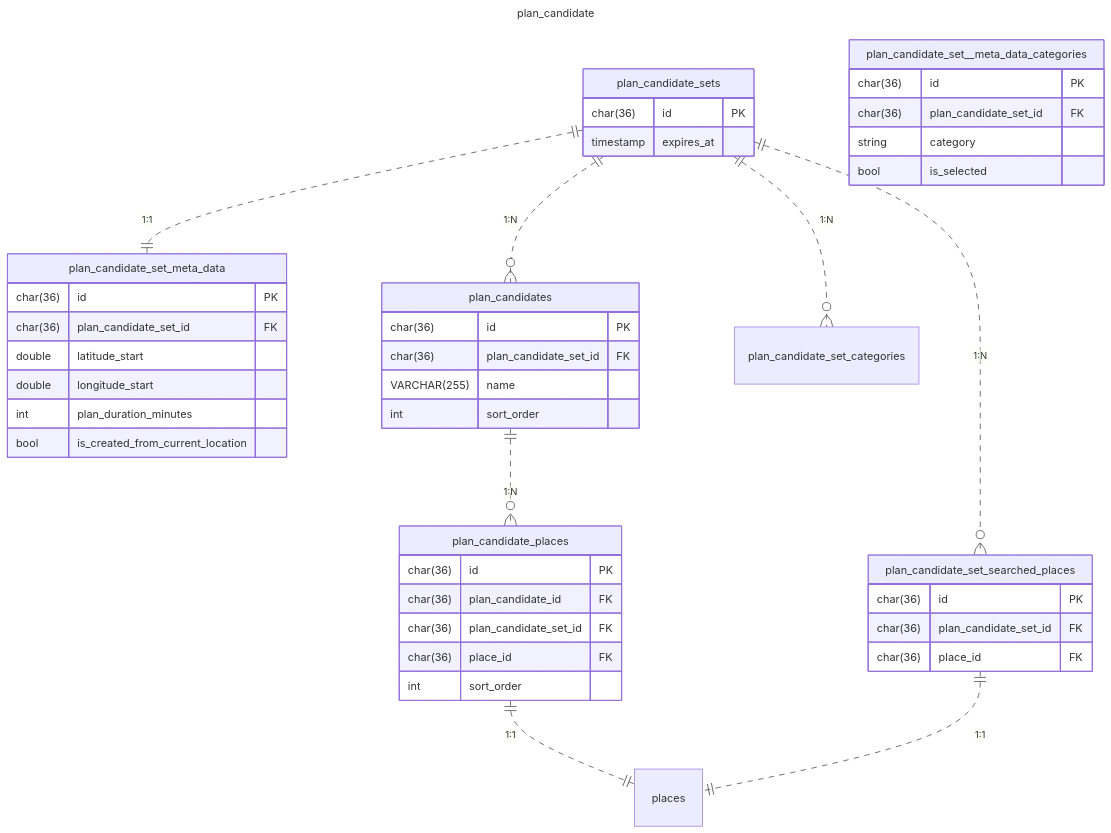
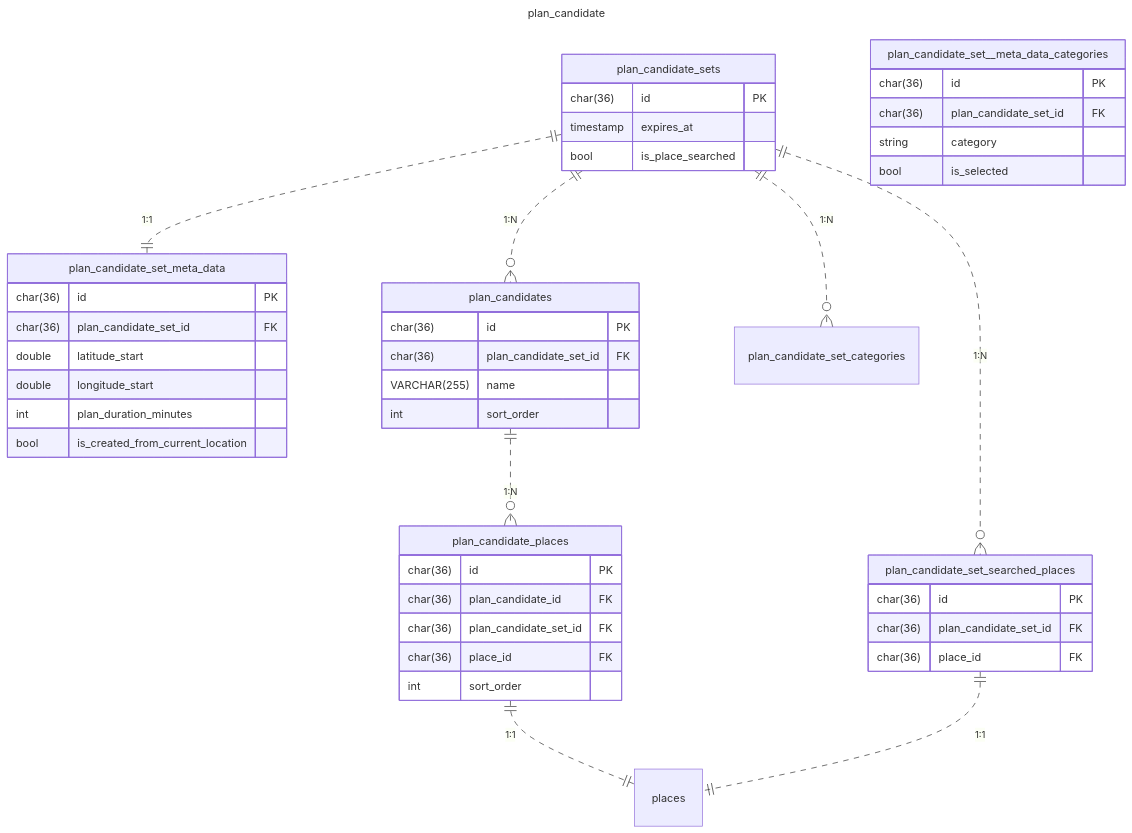
Before and after one commit to poroto-app/planner: the fourth of 8 diagrams in doc/database/er.md, drawn with Mermaid. The commit also changed other lines of this file and 2 other files, not shown here.

````diff
--- a/doc/database/er.md
+++ b/doc/database/er.md
@@ -128,55 +128,56 @@
 ```mermaid
 ---
 title: plan_candidate
 ---
 erDiagram
     plan_candidate_sets {
         char(36) id PK
         timestamp expires_at
+        bool is_place_searched
     }
 
     plan_candidate_set_meta_data {
         char(36) id PK
         char(36) plan_candidate_set_id FK
         double latitude_start
         double longitude_start
         int plan_duration_minutes
         bool is_created_from_current_location
     }
 
     plan_candidate_set_searched_places {
         char(36) id PK
         char(36) plan_candidate_set_id FK
         char(36) place_id FK
     }
 
     plan_candidate_set__meta_data_categories {
         char(36) id PK
         char(36) plan_candidate_set_id FK
         string category
         bool is_selected
     }
 
     plan_candidates {
         char(36) id PK
         char(36) plan_candidate_set_id FK
         VARCHAR(255) name
         int sort_order
     }
 
     plan_candidate_places {
         char(36) id PK
         char(36) plan_candidate_id FK
         char(36) plan_candidate_set_id FK
         char(36) place_id FK
         int sort_order
     }
 
     plan_candidate_sets ||..o{ plan_candidates: "1:N"
     plan_candidate_sets ||..|| plan_candidate_set_meta_data: "1:1"
     plan_candidate_sets ||..o{ plan_candidate_set_categories: "1:N"
     plan_candidate_sets ||..o{ plan_candidate_set_searched_places: "1:N"
     plan_candidates ||..o{ plan_candidate_places: "1:N"
     plan_candidate_places ||..|| places: "1:1"
     plan_candidate_set_searched_places ||..|| places: "1:1"
 ```
````
